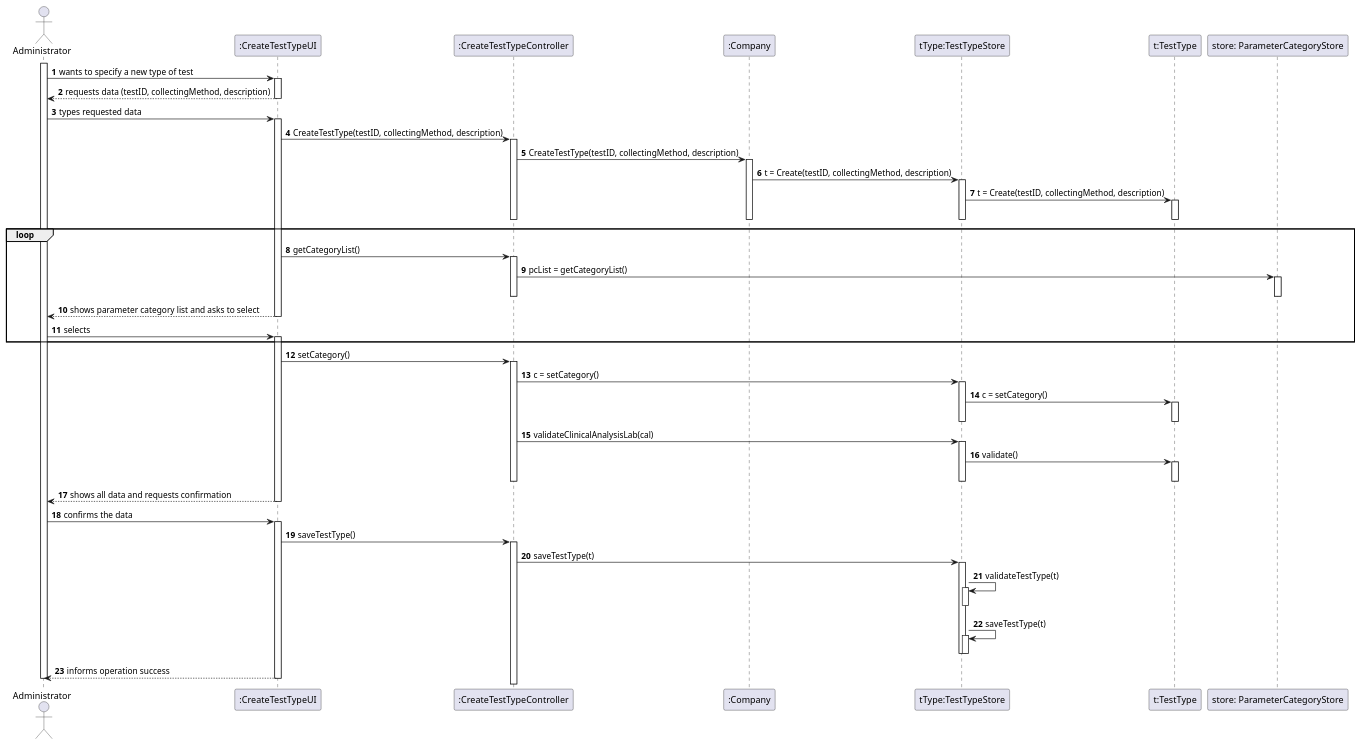
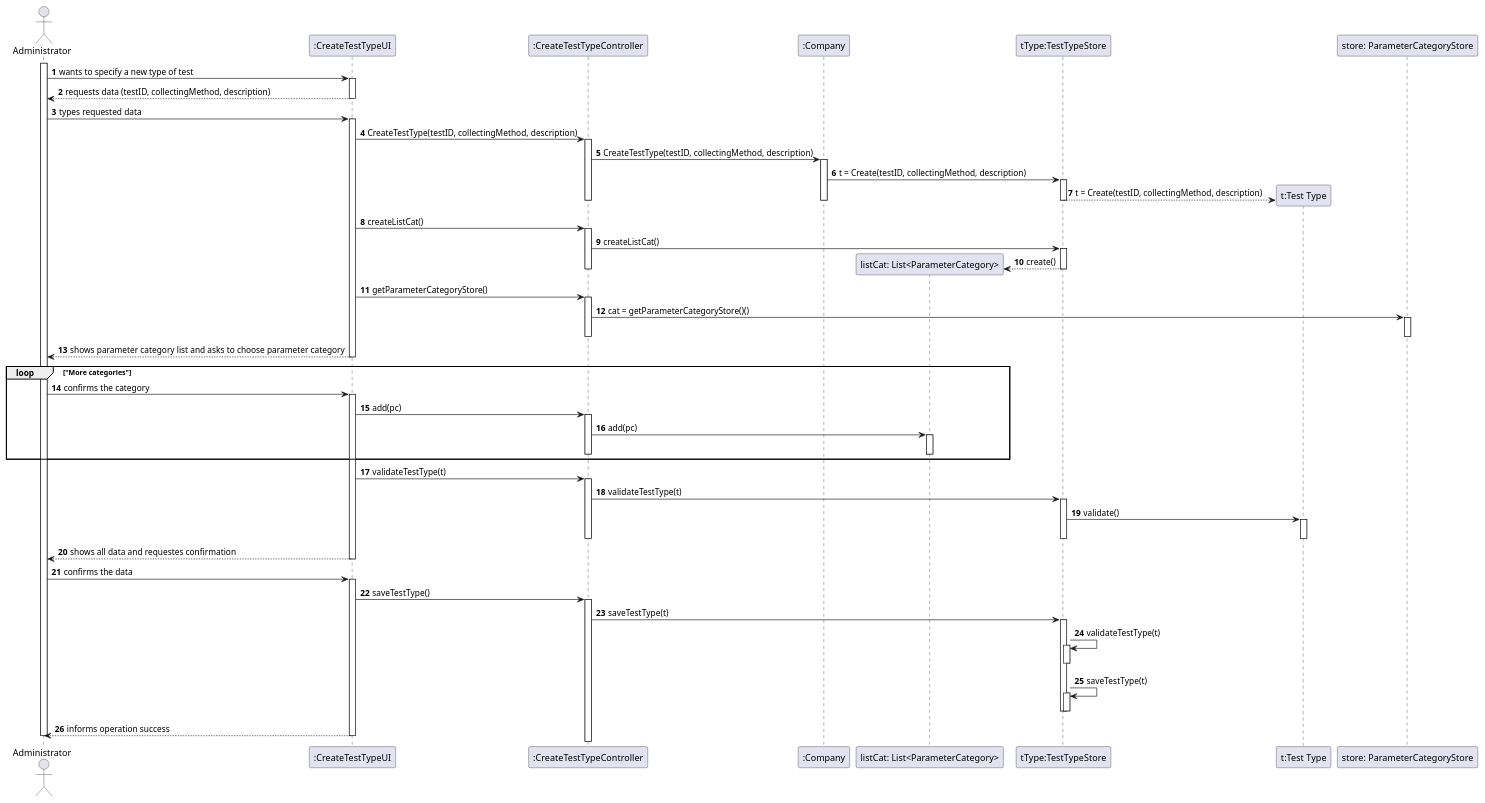
One commit to MarianaCLages/LAPR2 changed the diagram in docs/SprintB/US09/US9_SD.puml. Above: the diagram before and after it, drawn with PlantUML. The commit also changed 14 other files, not shown here.

```diff
--- a/docs/SprintB/US09/US9_SD.puml
+++ b/docs/SprintB/US09/US9_SD.puml
@@ -1,82 +1,99 @@
 @startuml
 autonumber
 actor Administrator as A
 participant ":CreateTestTypeUI" as UI
 participant ":CreateTestTypeController" as CTRL
 participant ":Company" as C
-
+participant "listCat: List<ParameterCategory>" as listCat
 participant "tType:TestTypeStore" as STO
-participant "t:TestType" as T
+participant "t:Test Type" as T
 participant "store: ParameterCategoryStore" as CAT
 
 activate A
 A -> UI: wants to specify a new type of test
 activate UI
 UI --> A: requests data (testID, collectingMethod, description)
 deactivate UI
 A -> UI: types requested data
 activate UI
 UI -> CTRL: CreateTestType(testID, collectingMethod, description)
 activate CTRL
 CTRL -> C: CreateTestType(testID, collectingMethod, description)
 activate C
 C -> STO: t = Create(testID, collectingMethod, description)
 activate STO
-STO-> T: t = Create(testID, collectingMethod, description)
-activate T
-deactivate T
+STO--> T**: t = Create(testID, collectingMethod, description)
+
 deactivate STO
 deactivate C
 deactivate CTRL
 
-loop
-UI -> CTRL: getCategoryList()
+UI -> CTRL: createListCat()
 activate CTRL
-CTRL -> CAT : pcList = getCategoryList()
+CTRL -> STO: createListCat()
+activate STO
+STO --> listCat**: create()
+deactivate STO
+deactivate CTRL
+
+UI -> CTRL: getParameterCategoryStore()
+activate CTRL
+CTRL -> CAT : cat = getParameterCategoryStore()()
 activate CAT
 deactivate CAT
 deactivate CTRL
-UI --> A: shows parameter category list and asks to select
+
+
+UI --> A: shows parameter category list and asks to choose parameter category
+
 deactivate UI
-A -> UI: selects
+loop "More categories"
+A -> UI: confirms the category
 activate UI
+
+UI -> CTRL: add(pc)
+activate CTRL
+CTRL->listCat: add(pc)
+activate listCat
+deactivate listCat
+deactivate listCat
+deactivate CTRL
 end
-UI -> CTRL: setCategory()
+
+
+UI ->CTRL: validateTestType(t)
 activate CTRL
-CTRL -> STO: c = setCategory()
-activate STO
-STO -> T: c = setCategory()
-activate T
-deactivate T
-deactivate STO
-deactivate C
-CTRL -> STO: validateClinicalAnalysisLab(cal)
+CTRL -> STO: validateTestType(t)
 activate STO
 STO -> T : validate()
 activate T
 deactivate T
 deactivate STO
 deactivate CTRL
 
-UI --> A: shows all data and requests confirmation
+UI --> A: shows all data and requestes confirmation
 deactivate UI
 
 A -> UI: confirms the data
 activate UI
+
+
+
+
 UI-> CTRL : saveTestType()
 activate CTRL
 CTRL -> STO: saveTestType(t)
 activate STO
 STO -> STO : validateTestType(t)
 activate STO
 deactivate STO
 STO -> STO : saveTestType(t)
 activate STO
 deactivate STO
 deactivate STO
 UI --> A: informs operation success
 deactivate UI
 deactivate A
 
 
 @enduml
```
